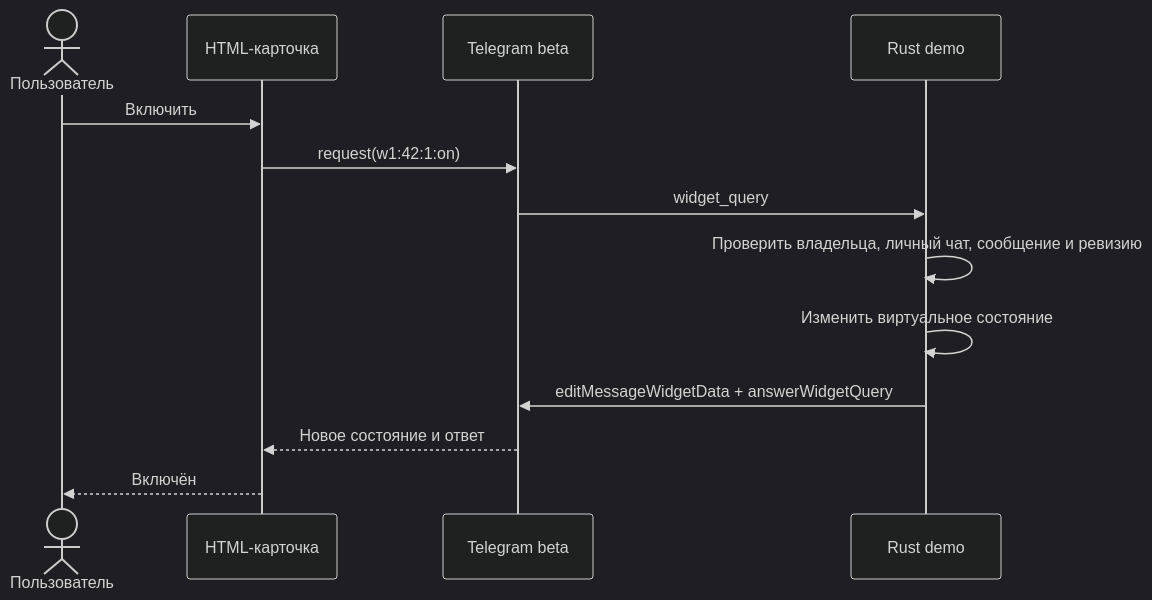
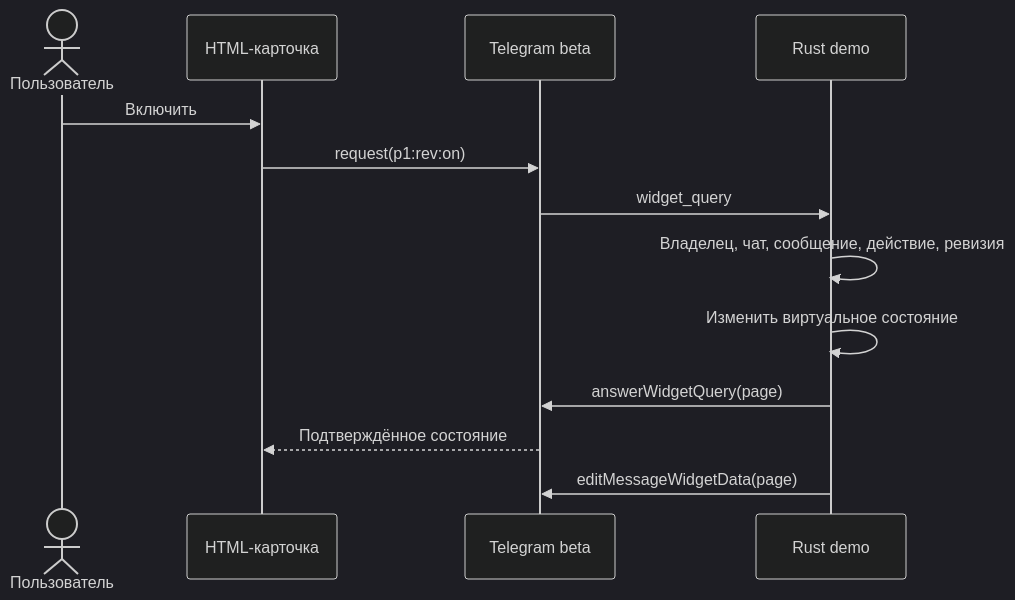
Before and after one commit to Anykei/telegram_ha_bot: the diagram in docks/html-widgets/README.md, drawn with Mermaid (dark theme). The commit also changed other lines of this file and 7 other files, not shown here.

````diff
--- a/docks/html-widgets/README.md
+++ b/docks/html-widgets/README.md
@@ -122,15 +137,15 @@
 ```mermaid
 sequenceDiagram
     actor User as Пользователь
     participant Widget as HTML-карточка
     participant TG as Telegram beta
     participant Demo as Rust demo
     User->>Widget: Включить
-    Widget->>TG: request(w1:42:1:on)
+    Widget->>TG: request(p1:rev:on)
     TG->>Demo: widget_query
-    Demo->>Demo: Проверить владельца, личный чат, сообщение и ревизию
+    Demo->>Demo: Владелец, чат, сообщение, действие, ревизия
     Demo->>Demo: Изменить виртуальное состояние
-    Demo->>TG: editMessageWidgetData + answerWidgetQuery
-    TG-->>Widget: Новое состояние и ответ
-    Widget-->>User: Включён
+    Demo->>TG: answerWidgetQuery(page)
+    TG-->>Widget: Подтверждённое состояние
+    Demo->>TG: editMessageWidgetData(page)
 ```
````
